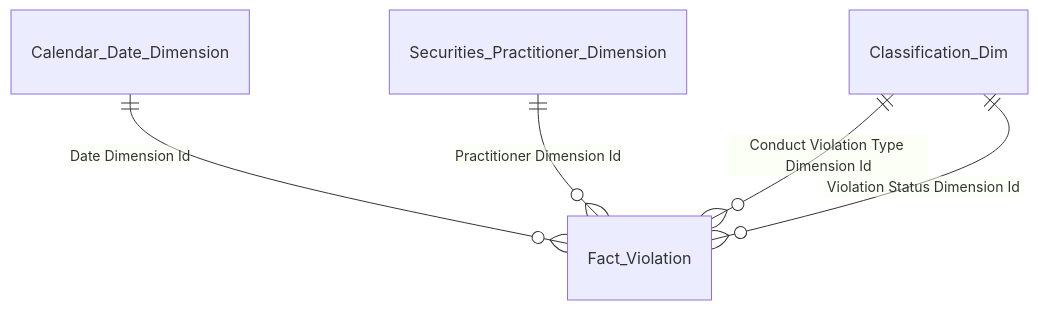
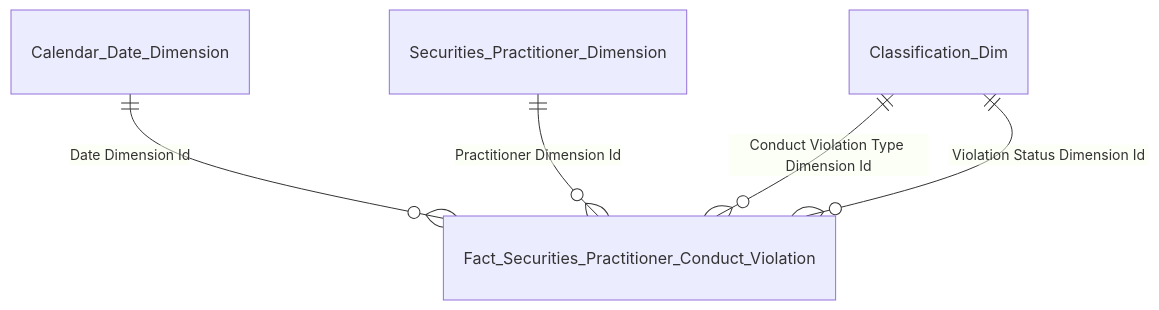
Before and after one commit to linhlvit/ubck_atomic_design: diagram 17 of 21 in Gold/hld/GOLD_NHNCK_HLD.md, drawn with Mermaid. The commit also changed other lines of this file and 9 other files, not shown here.

````diff
--- a/Gold/hld/GOLD_NHNCK_HLD.md
+++ b/Gold/hld/GOLD_NHNCK_HLD.md
@@ -557,7 +557,7 @@
 ```mermaid
 erDiagram
-    Calendar_Date_Dimension ||--o{ Fact_Violation : "Date Dimension Id"
-    Securities_Practitioner_Dimension ||--o{ Fact_Violation : "Practitioner Dimension Id"
-    Classification_Dim ||--o{ Fact_Violation : "Conduct Violation Type Dimension Id"
-    Classification_Dim ||--o{ Fact_Violation : "Violation Status Dimension Id"
+    Calendar_Date_Dimension ||--o{ Fact_Securities_Practitioner_Conduct_Violation : "Date Dimension Id"
+    Securities_Practitioner_Dimension ||--o{ Fact_Securities_Practitioner_Conduct_Violation : "Practitioner Dimension Id"
+    Classification_Dim ||--o{ Fact_Securities_Practitioner_Conduct_Violation : "Conduct Violation Type Dimension Id"
+    Classification_Dim ||--o{ Fact_Securities_Practitioner_Conduct_Violation : "Violation Status Dimension Id"
 ```
````
